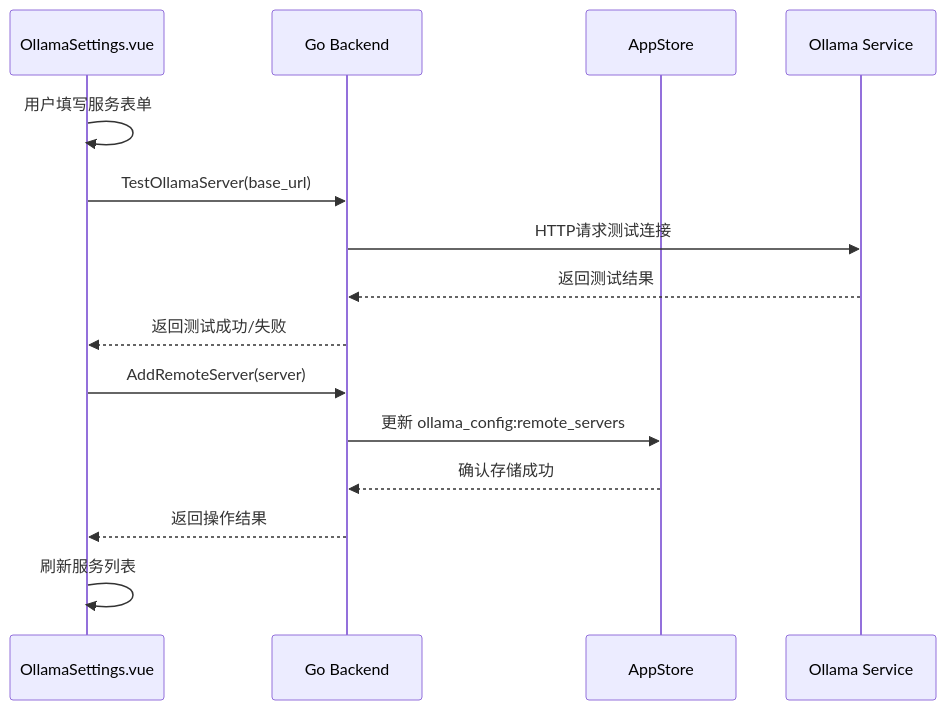
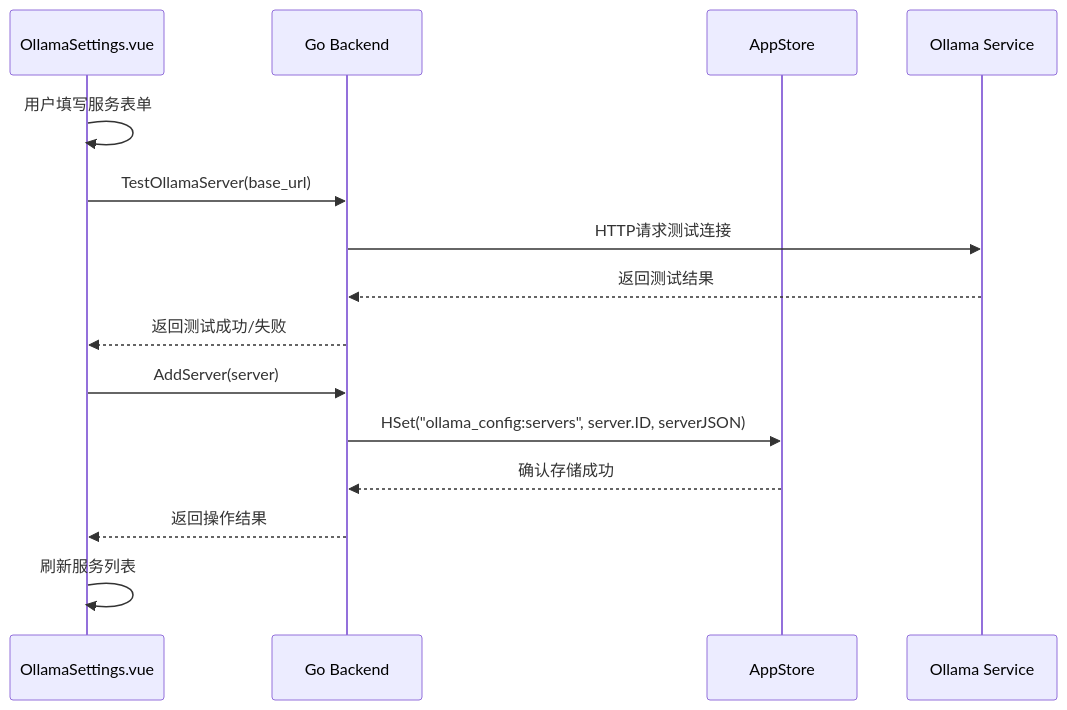
The second of 3 diagrams in docs/设计/ollama_settings/03.数据结构.md (fzxs8/tools-ollama), drawn with Mermaid before and after one commit. The commit also changed other lines of this file and 8 other files, not shown here.

````diff
--- a/docs/设计/ollama_settings/03.数据结构.md
+++ b/docs/设计/ollama_settings/03.数据结构.md
@@ -144,20 +99,20 @@
 ```mermaid
 sequenceDiagram
     participant Vue as OllamaSettings.vue
     participant Go as Go Backend
     participant Store as AppStore
     participant Ollama as Ollama Service
     
     Vue->>Vue: 用户填写服务表单
     Vue->>Go: TestOllamaServer(base_url)
     Go->>Ollama: HTTP请求测试连接
     Ollama-->>Go: 返回测试结果
     Go-->>Vue: 返回测试成功/失败
     
-    Vue->>Go: AddRemoteServer(server)
-    Go->>Store: 更新 ollama_config:remote_servers
+    Vue->>Go: AddServer(server)
+    Go->>Store: HSet("ollama_config:servers", server.ID, serverJSON)
     Store-->>Go: 确认存储成功
     Go-->>Vue: 返回操作结果
     
     Vue->>Vue: 刷新服务列表
 ```
````
